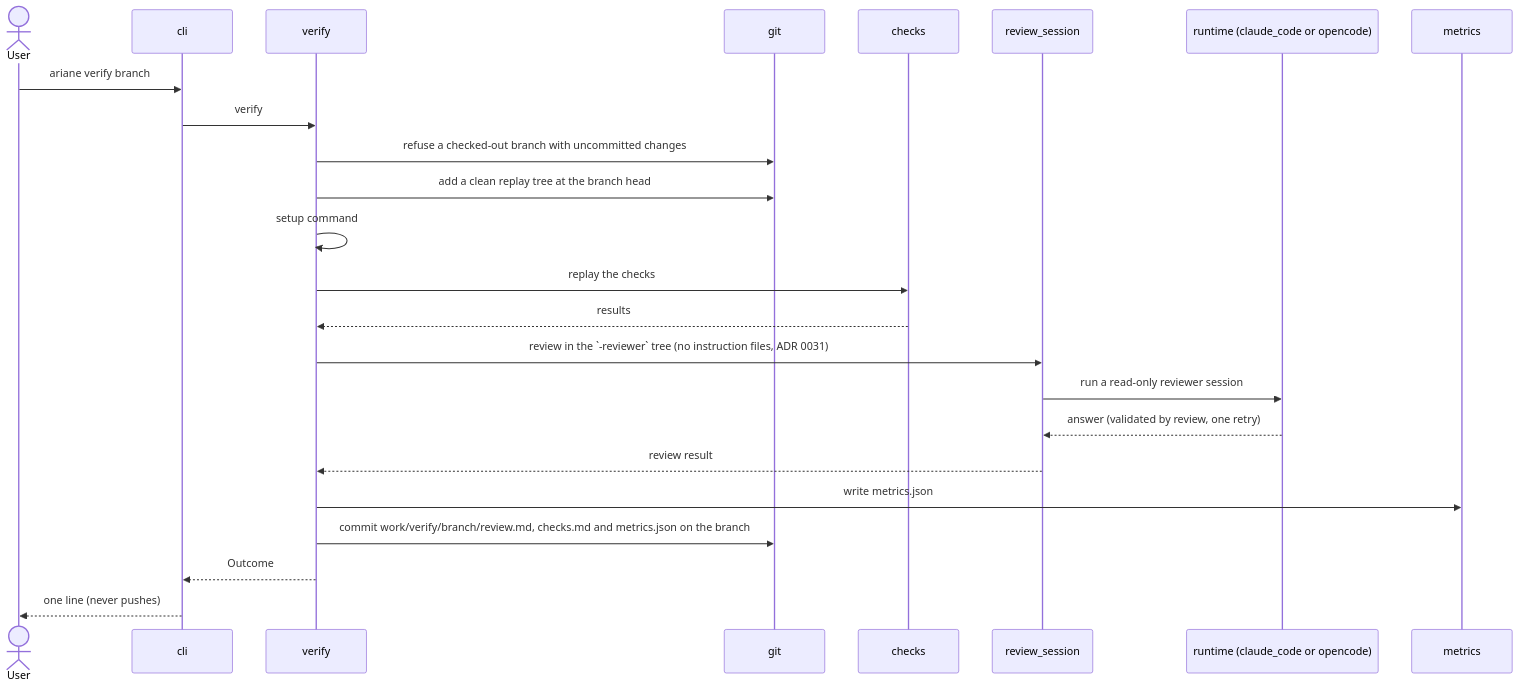
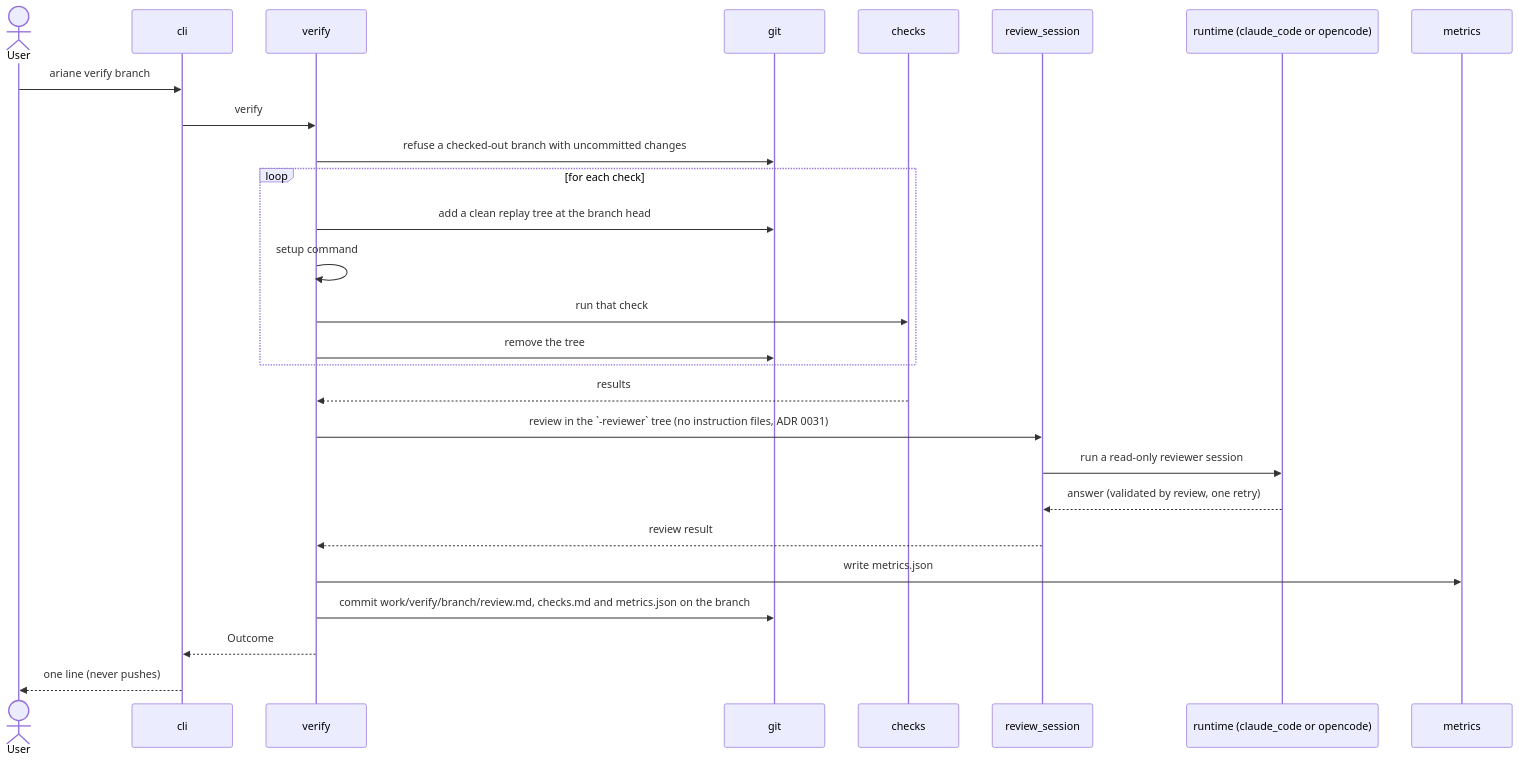
Before and after one commit to plaplanche/ariane: the fourth of 6 diagrams in docs/architecture/3-components.md, drawn with Mermaid. The commit also changed other lines of this file and 21 other files, not shown here.

Commit message:
#133: Replay each check in its own clean working tree, as an isolated CI job runs it (C9)

````diff
--- a/docs/architecture/3-components.md
+++ b/docs/architecture/3-components.md
@@ -221,26 +226,29 @@
 ```mermaid
 sequenceDiagram
   actor U as User
   participant CLI as cli
   participant V as verify
   participant G as git
   participant C as checks
   participant S as review_session
   participant R as runtime (claude_code or opencode)
   participant M as metrics
   U->>CLI: ariane verify branch
   CLI->>V: verify
   V->>G: refuse a checked-out branch with uncommitted changes
-  V->>G: add a clean replay tree at the branch head
-  V->>V: setup command
-  V->>C: replay the checks
+  loop for each check
+    V->>G: add a clean replay tree at the branch head
+    V->>V: setup command
+    V->>C: run that check
+    V->>G: remove the tree
+  end
   C-->>V: results
   V->>S: review in the `-reviewer` tree (no instruction files, ADR 0031)
   S->>R: run a read-only reviewer session
   R-->>S: answer (validated by review, one retry)
   S-->>V: review result
   V->>M: write metrics.json
   V->>G: commit work/verify/branch/review.md, checks.md and metrics.json on the branch
   V-->>CLI: Outcome
   CLI-->>U: one line (never pushes)
 ```
````
